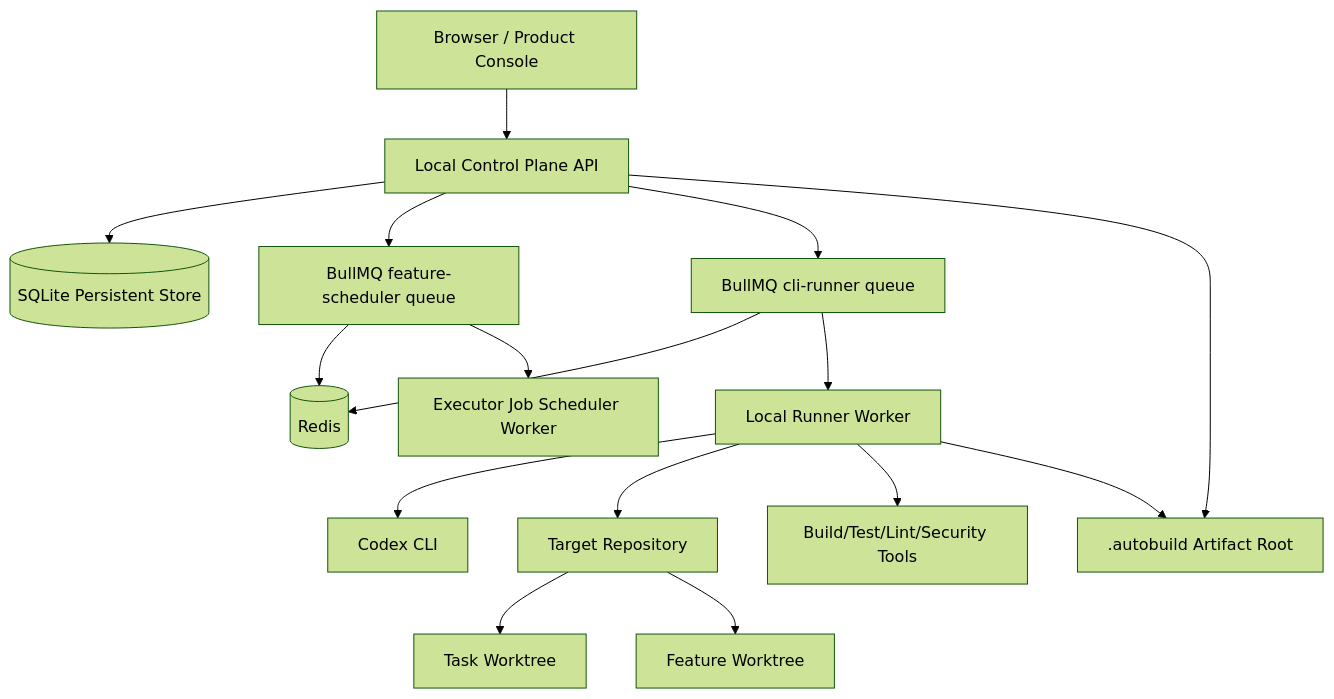
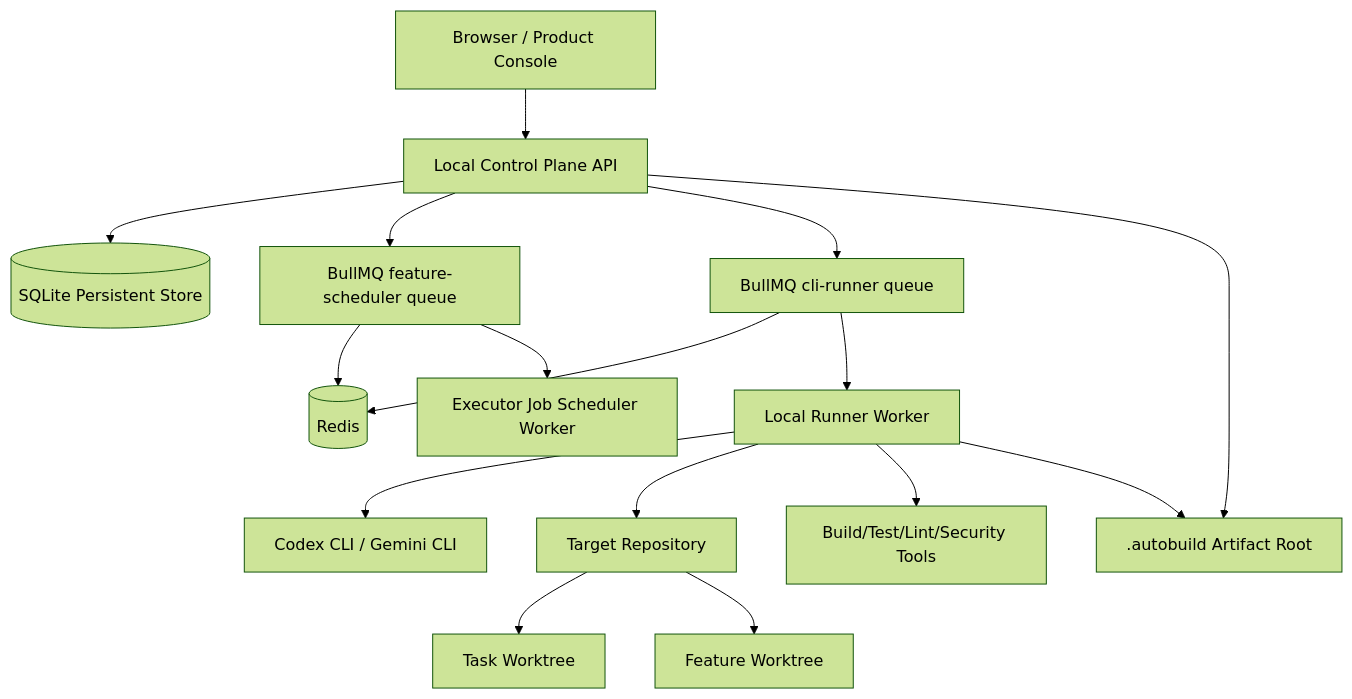
Before and after one commit to songcojp/Spec-Driven-Autonomous-Coding-System: the sixth of 6 diagrams in docs/zh-CN/hld.md, drawn with Mermaid (forest theme). The commit also changed other lines of this file and 8 other files, not shown here.

Commit message:
docs: align runner cli adapter terminology

````diff
--- a/docs/zh-CN/hld.md
+++ b/docs/zh-CN/hld.md
@@ -718,18 +718,18 @@
 ```mermaid
 flowchart TB
   Browser[Browser / Product Console] --> API[Local Control Plane API]
   API --> DB[(SQLite Persistent Store)]
   API --> FeatureQueue[BullMQ feature-scheduler queue]
   API --> CliQueue[BullMQ cli-runner queue]
   FeatureQueue --> Redis[(Redis)]
   CliQueue --> Redis
   API --> Files[.autobuild Artifact Root]
   FeatureQueue --> FeatureWorker[Executor Job Scheduler Worker]
   CliQueue --> Runner[Local Runner Worker]
-  Runner --> Codex[Codex CLI]
+  Runner --> CodingCLI[Codex CLI / Gemini CLI]
   Runner --> Repo[Target Repository]
   Repo --> WT1[Task Worktree]
   Repo --> WT2[Feature Worktree]
   Runner --> Tools[Build/Test/Lint/Security Tools]
   Runner --> Files
 ```
````
